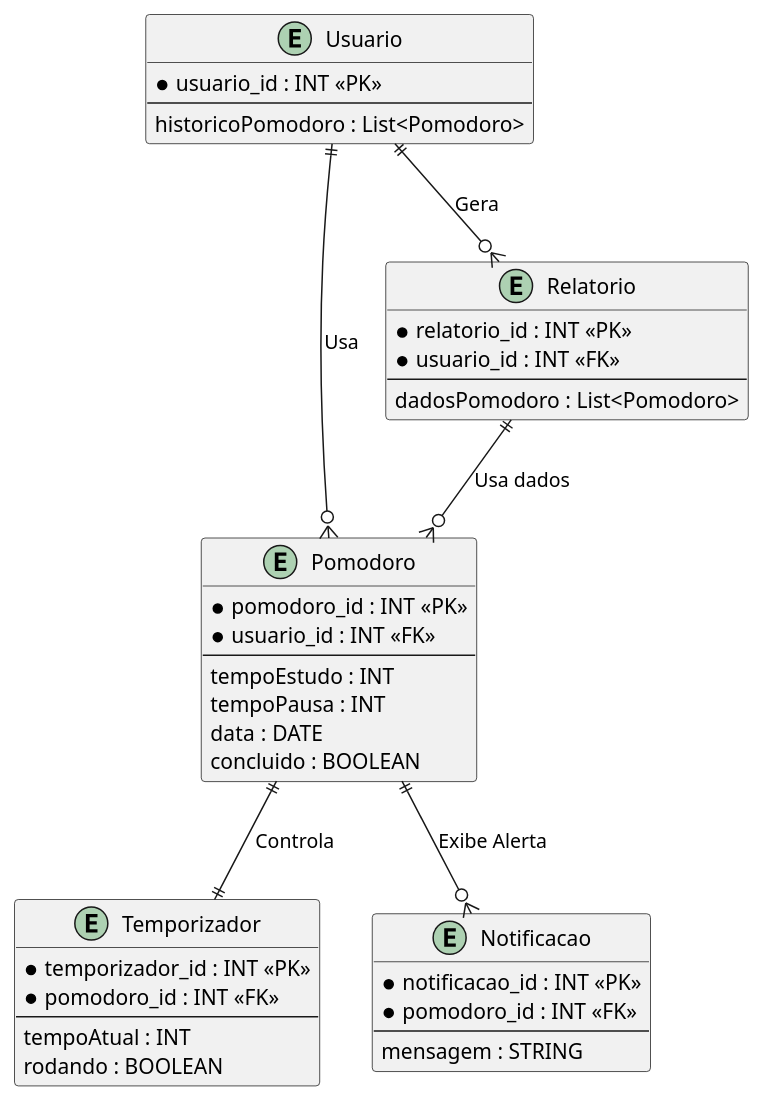
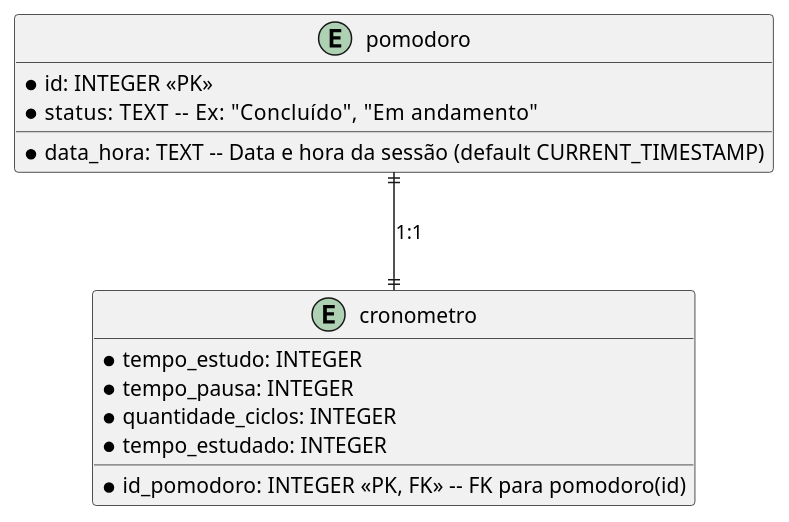
Before and after one commit to queirozPedro/pomodoro: the diagram in docs/diagramas/modelologico.iuml, drawn with PlantUML. The commit also changed 5 other files, not shown here.

First line of the commit message:
feat(doc) : Atualizar a diagramação do projeto

```diff
--- a/docs/diagramas/modelologico.iuml
+++ b/docs/diagramas/modelologico.iuml
@@ -1,48 +1,17 @@
-@startuml "Modelo Lógico de Dados"
-
-entity Usuario {
-    * usuario_id : INT <<PK>>
-    --
-    historicoPomodoro : List<Pomodoro>
+@startuml "Modelo Lógico de Dados - Sistema Pomodoro"
+entity pomodoro {
+  * id: INTEGER <<PK>>
+  * data_hora: TEXT  -- Data e hora da sessão (default CURRENT_TIMESTAMP)
+  * status: TEXT     -- Ex: "Concluído", "Em andamento"
 }
 
-entity Pomodoro {
-    * pomodoro_id : INT <<PK>>
-    * usuario_id : INT <<FK>>
-    --
-    tempoEstudo : INT
-    tempoPausa : INT
-    data : DATE
-    concluido : BOOLEAN
+entity cronometro {
+  * id_pomodoro: INTEGER <<PK, FK>>  -- FK para pomodoro(id)
+  * tempo_estudo: INTEGER
+  * tempo_pausa: INTEGER
+  * quantidade_ciclos: INTEGER
+  * tempo_estudado: INTEGER
 }
 
-entity Temporizador {
-    * temporizador_id : INT <<PK>>
-    * pomodoro_id : INT <<FK>>
-    --
-    tempoAtual : INT
-    rodando : BOOLEAN
-}
-
-entity Notificacao {
-    * notificacao_id : INT <<PK>>
-    * pomodoro_id : INT <<FK>>
-    --
-    mensagem : STRING
-}
-
-entity Relatorio {
-    * relatorio_id : INT <<PK>>
-    * usuario_id : INT <<FK>>
-    --
-    dadosPomodoro : List<Pomodoro>
-}
-
-' Relacionamentos
-Usuario ||--o{ Pomodoro : "Usa"
-Usuario ||--o{ Relatorio : "Gera"
-Pomodoro ||--|| Temporizador : "Controla"
-Pomodoro ||--o{ Notificacao : "Exibe Alerta"
-Relatorio ||--o{ Pomodoro : "Usa dados"
-
+pomodoro ||--|| cronometro : "1:1"
 @enduml
```
